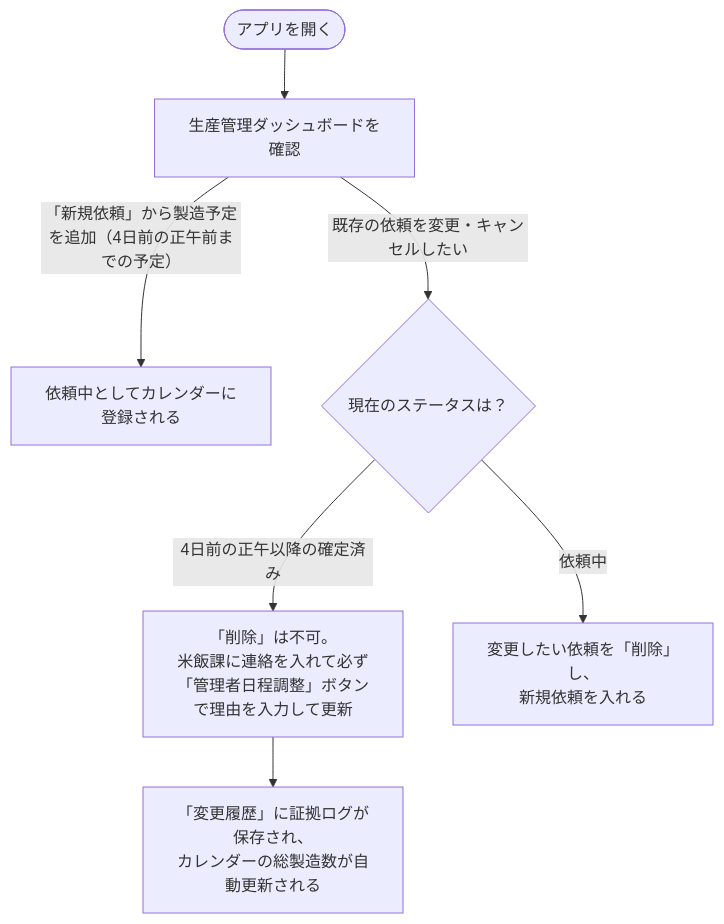
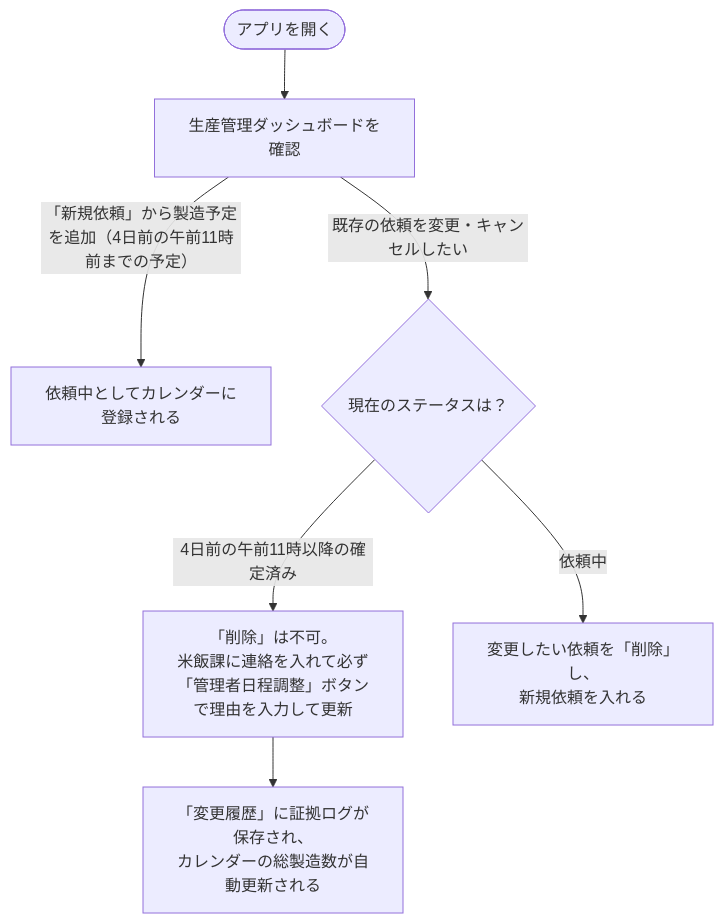
One commit to mihiro10/beihanka_irai_docs changed the diagram in user_guides/production_management.md. Above: the diagram before and after it, drawn with Mermaid. The commit also changed other lines of this file and 6 other files, not shown here.

````diff
--- a/user_guides/production_management.md
+++ b/user_guides/production_management.md
@@ -9,9 +9,9 @@
 ```mermaid
 flowchart TB
     Start(["アプリを開く"]) --> Dash["生産管理ダッシュボードを確認"]
-    Dash -- 「新規依頼」から製造予定を追加（4日前の正午前までの予定） --> Draft["依頼中としてカレンダーに登録される"]
+    Dash -- 「新規依頼」から製造予定を追加（4日前の午前11時前までの予定） --> Draft["依頼中としてカレンダーに登録される"]
     Dash -- 既存の依頼を変更・キャンセルしたい --> CheckStatus{"現在のステータスは？"}
-    CheckStatus -- 4日前の正午以降の確定済み --> Admin["「削除」は不可。<br>米飯課に連絡を入れて必ず<br>「管理者日程調整」ボタンで理由を入力して更新"]
+    CheckStatus -- 4日前の午前11時以降の確定済み --> Admin["「削除」は不可。<br>米飯課に連絡を入れて必ず<br>「管理者日程調整」ボタンで理由を入力して更新"]
     CheckStatus -- 依頼中 --> Free["変更したい依頼を「削除」し、<br>新規依頼を入れる"]
     Admin --> Log["「変更履歴」に証拠ログが保存され、<br>カレンダーの総製造数が自動更新される"]
 ```
````
